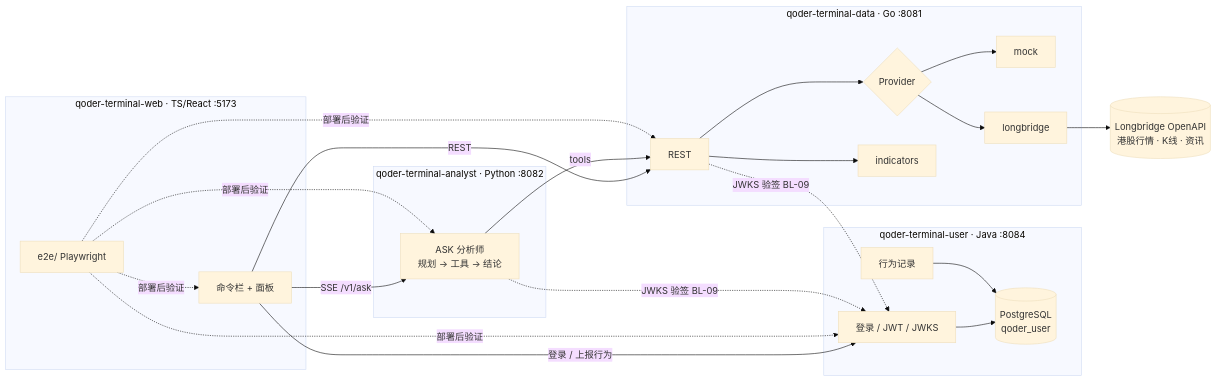
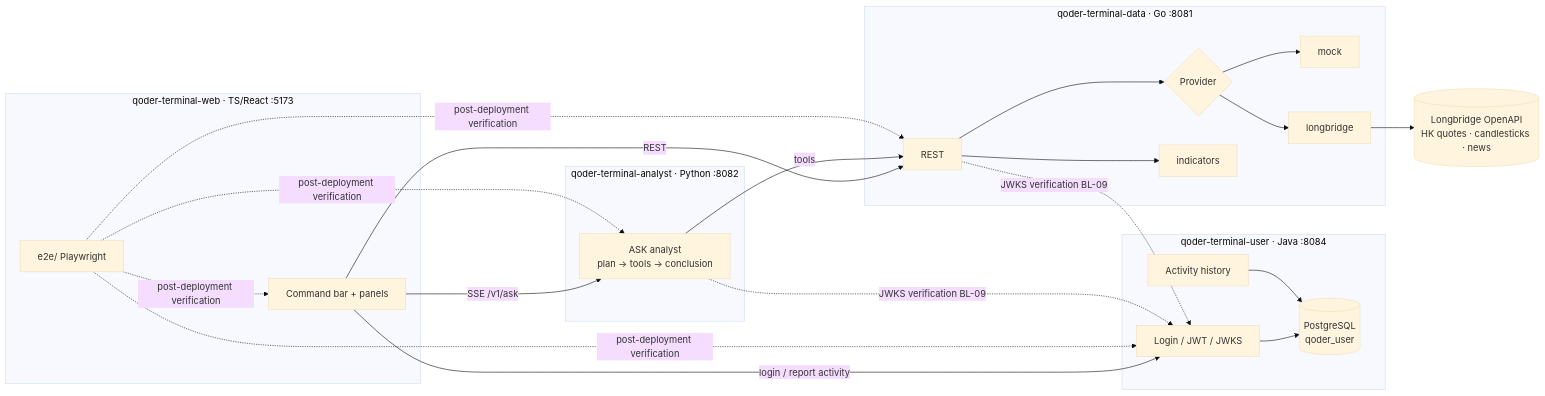
One commit to qoder-pdsa/qoder-terminal-web changed the diagram in docs/architecture.md. Above: the diagram before and after it, drawn with Mermaid (base theme). The commit also changed other lines of this file and 42 other files, not shown here.

````diff
--- a/docs/architecture.md
+++ b/docs/architecture.md
@@ -3,31 +3,31 @@
 ```mermaid
 flowchart LR
-  LB[(Longbridge OpenAPI<br/>港股行情 · K线 · 资讯)]
+  LB[(Longbridge OpenAPI<br/>HK quotes · candlesticks · news)]
 
   subgraph web[qoder-terminal-web · TS/React :5173]
-    UI[命令栏 + 面板] 
+    UI[Command bar + panels]
     E2E[e2e/ Playwright]
   end
   subgraph analyst[qoder-terminal-analyst · Python :8082]
-    AN[ASK 分析师<br/>规划 → 工具 → 结论]
+    AN[ASK analyst<br/>plan → tools → conclusion]
   end
   subgraph user[qoder-terminal-user · Java :8084]
-    AUTH[登录 / JWT / JWKS] --> PG[(PostgreSQL<br/>qoder_user)]
-    ACT[行为记录] --> PG
+    AUTH[Login / JWT / JWKS] --> PG[(PostgreSQL<br/>qoder_user)]
+    ACT[Activity history] --> PG
   end
   subgraph data[qoder-terminal-data · Go :8081]
     API[REST] --> P{Provider}
     P --> MOCK[mock]
     P --> LBP[longbridge]
     API --> IND[indicators]
   end
 
-  UI -- 登录 / 上报行为 --> AUTH
+  UI -- login / report activity --> AUTH
   UI -- REST --> API
   UI -- SSE /v1/ask --> AN
   AN -- tools --> API
   LBP --> LB
-  E2E -. 部署后验证 .-> UI & API & AN & AUTH
-  API -. JWKS 验签 BL-09 .-> AUTH
-  AN -. JWKS 验签 BL-09 .-> AUTH
+  E2E -. post-deployment verification .-> UI & API & AN & AUTH
+  API -. JWKS verification BL-09 .-> AUTH
+  AN -. JWKS verification BL-09 .-> AUTH
 ```
````
